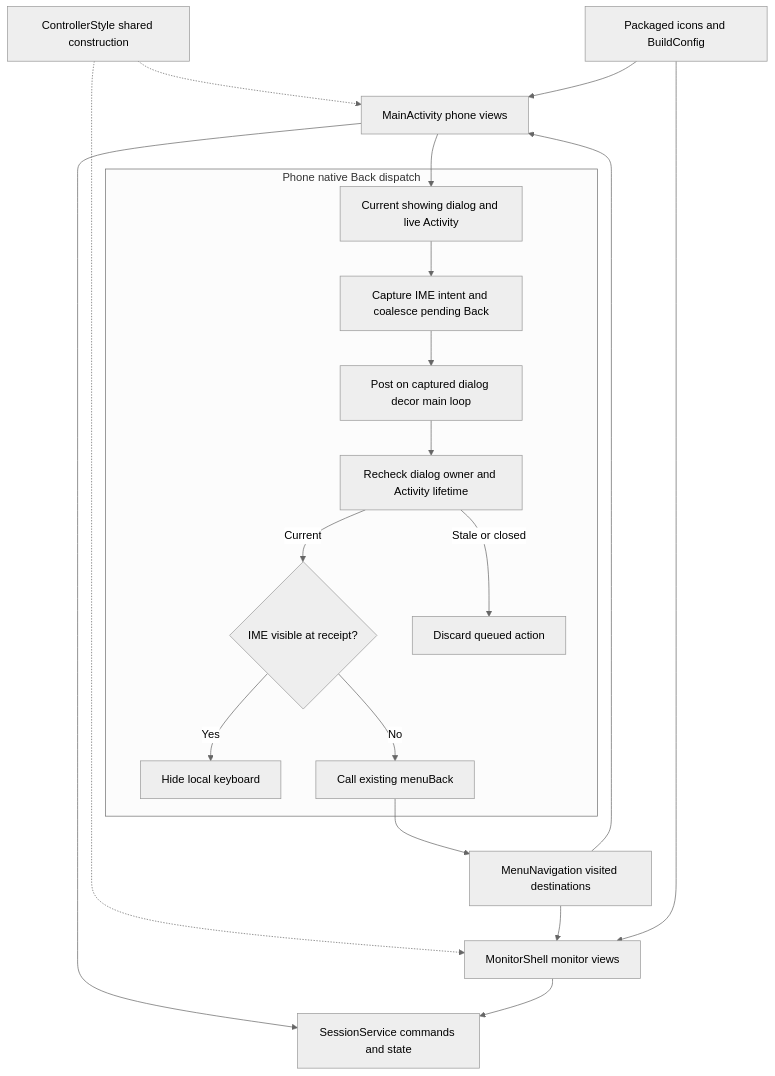
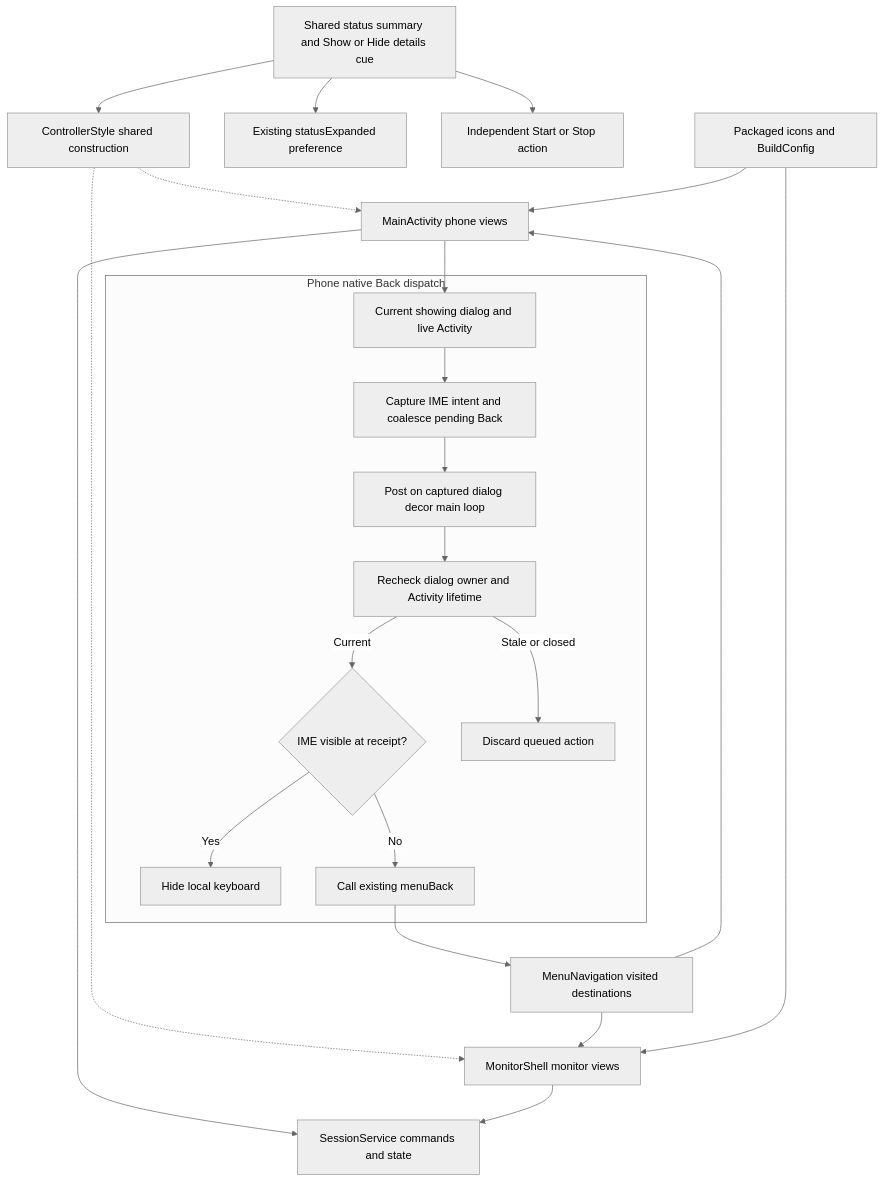
One commit to PhiLong-Ho/DexDroid changed the first of 2 diagrams in docs/architecture/features/controller-ui.md. Above: the diagram before and after it, drawn with Mermaid (neutral theme). The commit also changed other lines of this file and 21 other files, not shown here.

Commit message:
Replace status chevron with details text cue (#3)

````diff
--- a/docs/architecture/features/controller-ui.md
+++ b/docs/architecture/features/controller-ui.md
@@ -19,22 +19,25 @@
 ```mermaid
 flowchart TB
     Phone[MainActivity phone views] --> Commands[SessionService commands and state]
     Monitor[MonitorShell monitor views] --> Commands
     Style[ControllerStyle shared construction] -.-> Phone
     Style -.-> Monitor
+    Status[Shared status summary and Show or Hide details cue] --> Style
+    Status --> Remembered[Existing statusExpanded preference]
+    Status --> Independent[Independent Start or Stop action]
     Nav[MenuNavigation visited destinations] --> Phone
     Nav --> Monitor
     Resources[Packaged icons and BuildConfig] --> Phone
     Resources --> Monitor
     subgraph PhoneBack[Phone native Back dispatch]
         Receipt[Current showing dialog and live Activity] --> Intent[Capture IME intent and coalesce pending Back]
         Intent --> Queue[Post on captured dialog decor main loop]
         Queue --> Owner[Recheck dialog owner and Activity lifetime]
         Owner -->|Current| Apply{IME visible at receipt?}
         Apply -->|Yes| Hide[Hide local keyboard]
         Apply -->|No| Back[Call existing menuBack]
         Owner -->|Stale or closed| Discard[Discard queued action]
     end
     Phone --> Receipt
     Back --> Nav
 ```
````
